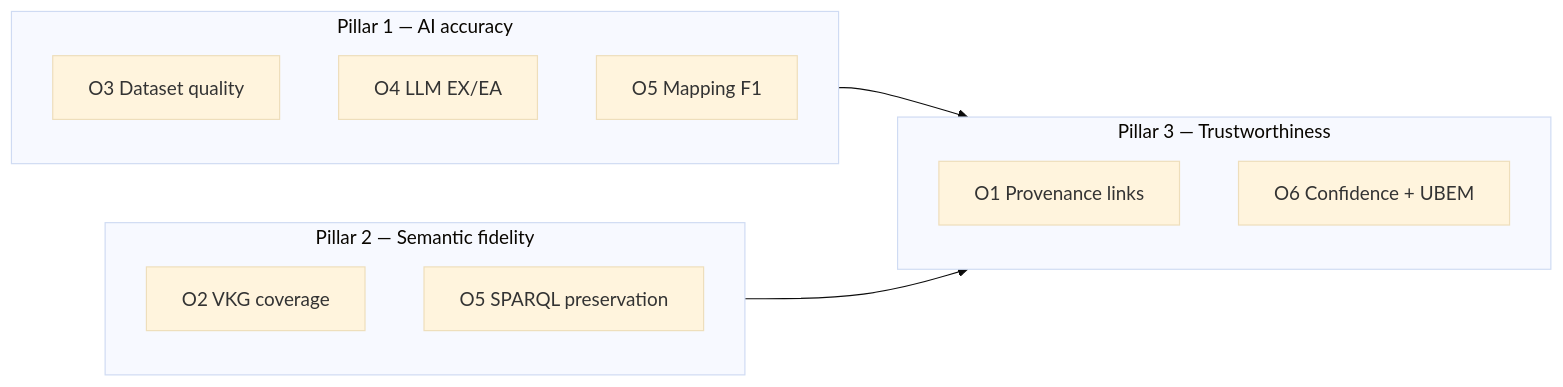
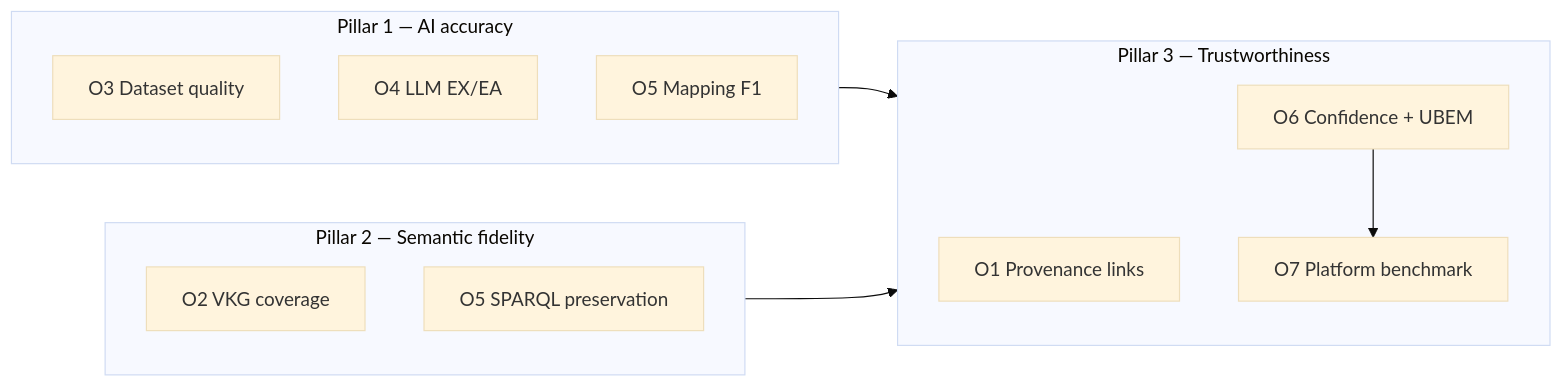
One commit to energycenterlab/CIM_wizard changed the fourth of 9 diagrams in paper2/PAPER2-outline.md. Above: the diagram before and after it, drawn with Mermaid (base theme). The commit also changed other lines of this file and 133 other files, not shown here.

````diff
--- a/paper2/PAPER2-outline.md
+++ b/paper2/PAPER2-outline.md
@@ -335,18 +354,20 @@
 ```mermaid
 flowchart LR
   subgraph P1["Pillar 1 — AI accuracy"]
     O3[O3 Dataset quality]
     O4[O4 LLM EX/EA]
     O5a[O5 Mapping F1]
   end
   subgraph P2["Pillar 2 — Semantic fidelity"]
     O2[O2 VKG coverage]
     O5b[O5 SPARQL preservation]
   end
   subgraph P3["Pillar 3 — Trustworthiness"]
     O1[O1 Provenance links]
     O6[O6 Confidence + UBEM]
+    O7[O7 Platform benchmark]
+    O6 --> O7
   end
   P1 --> P3
   P2 --> P3
 ```
````
